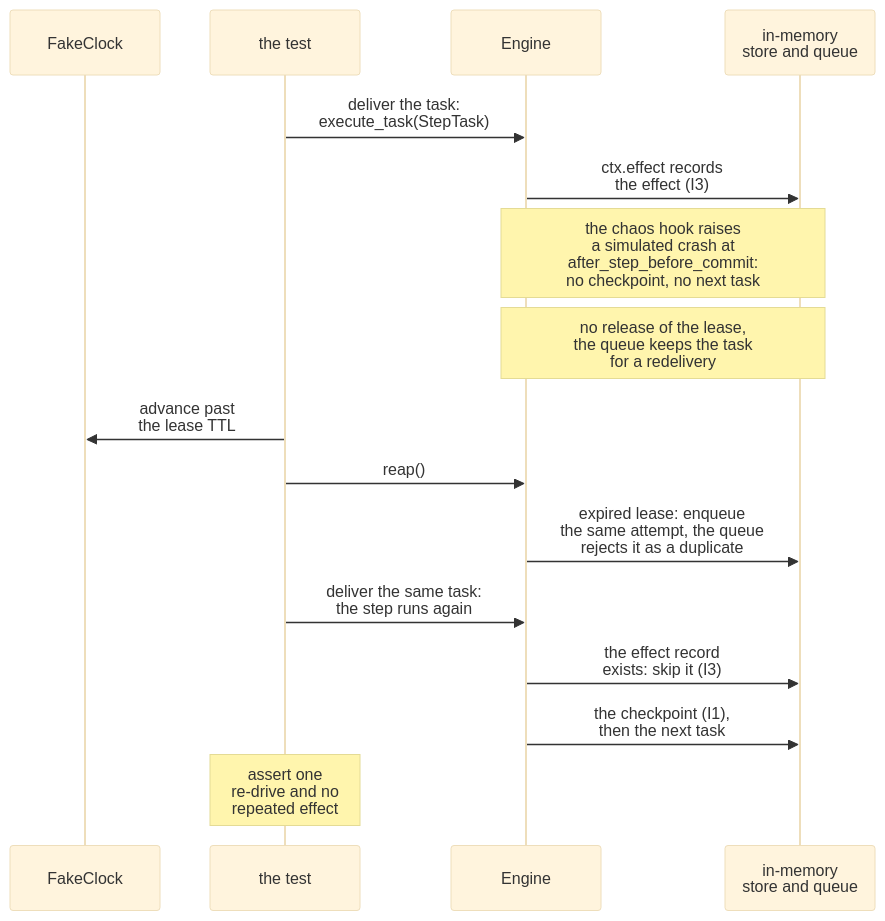
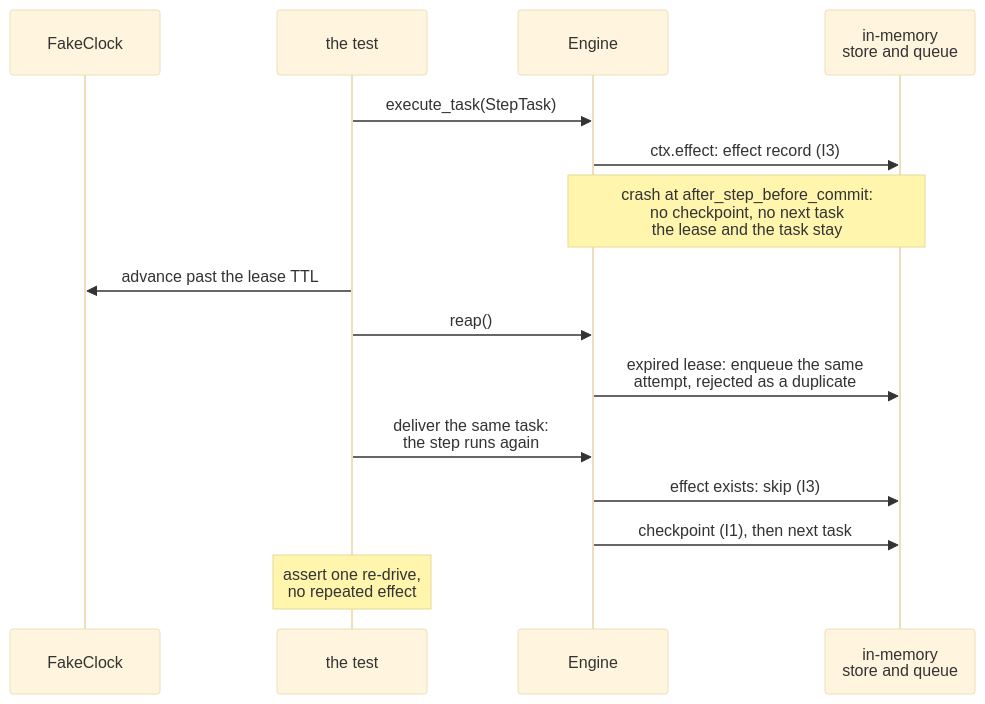
Before and after one commit to aniryou/full-stack-agentic-engineer: the second of 2 diagrams in 07-application-agent-framework/long-running-durable/lra-gcp/docs/primer.md, drawn with Mermaid (base theme). The commit also changed other lines of this file and 633 other files, not shown here.

First line of the commit message:
Accessible language and one-screen figures, part 1: every figure fits a screen, the STE second pass over the layers (#53)

````diff
--- a/07-application-agent-framework/long-running-durable/lra-gcp/docs/primer.md
+++ b/07-application-agent-framework/long-running-durable/lra-gcp/docs/primer.md
@@ -419,18 +439,17 @@
 ```mermaid
 sequenceDiagram
     participant K as FakeClock
     participant T as the test
     participant E as Engine
     participant S as in-memory<br/>store and queue
-    T->>E: deliver the task:<br/>execute_task(StepTask)
-    E->>S: ctx.effect records<br/>the effect (I3)
-    Note over E,S: the chaos hook raises<br/>a simulated crash at<br/>after_step_before_commit:<br/>no checkpoint, no next task
-    Note over E,S: no release of the lease,<br/>the queue keeps the task<br/>for a redelivery
-    T->>K: advance past<br/>the lease TTL
+    T->>E: execute_task(StepTask)
+    E->>S: ctx.effect: effect record (I3)
+    Note over E,S: crash at after_step_before_commit:<br/>no checkpoint, no next task<br/>the lease and the task stay
+    T->>K: advance past the lease TTL
     T->>E: reap()
-    E->>S: expired lease: enqueue<br/>the same attempt, the queue<br/>rejects it as a duplicate
+    E->>S: expired lease: enqueue the same<br/>attempt, rejected as a duplicate
     T->>E: deliver the same task:<br/>the step runs again
-    E->>S: the effect record<br/>exists: skip it (I3)
-    E->>S: the checkpoint (I1),<br/>then the next task
-    Note over T: assert one<br/>re-drive and no<br/>repeated effect
+    E->>S: effect exists: skip (I3)
+    E->>S: checkpoint (I1), then next task
+    Note over T: assert one re-drive,<br/>no repeated effect
 ```
````
